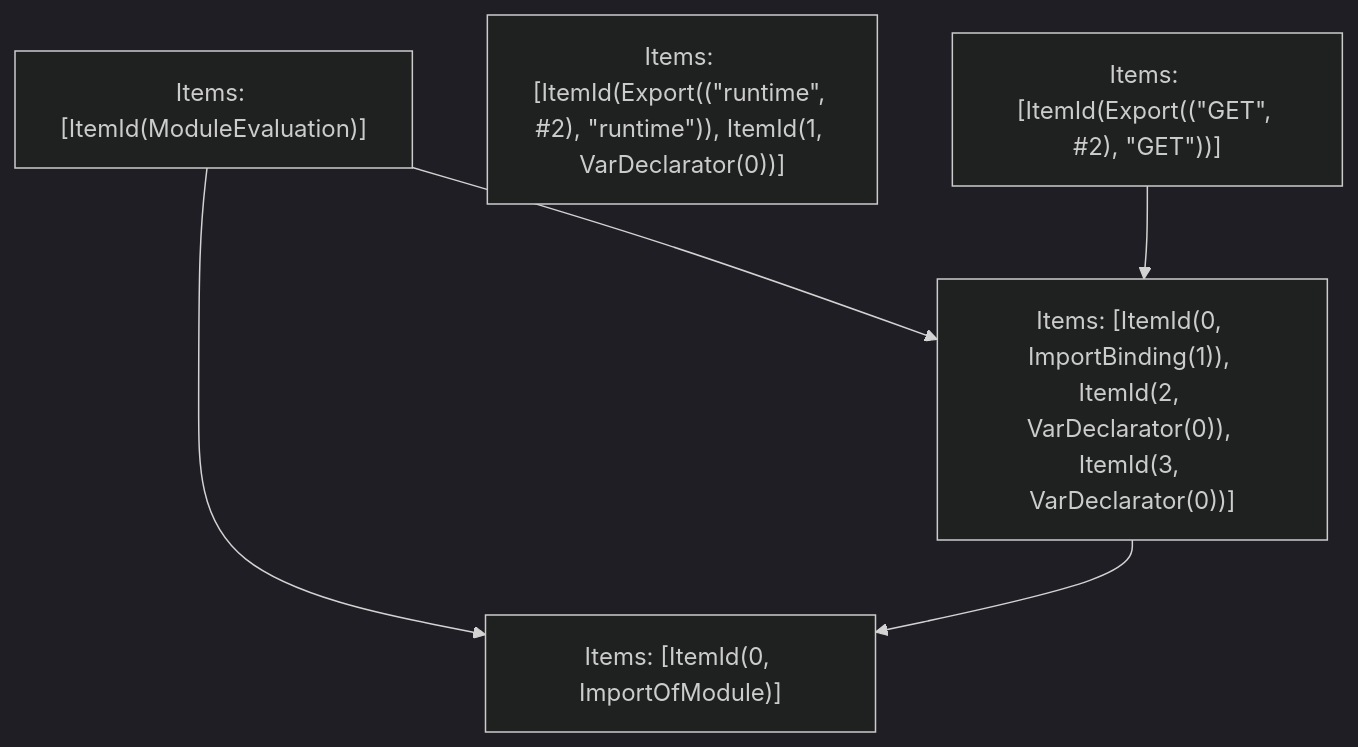
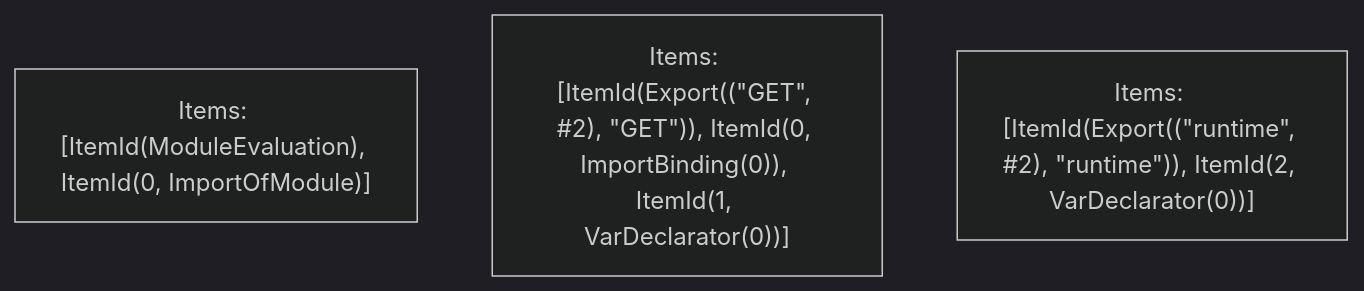
One commit to vercel/turborepo changed the fifth of 5 diagrams in crates/turbopack-ecmascript/tests/tree-shaker/analyzer/route-handler/output.md. Above: the diagram before and after it, drawn with Mermaid (dark theme). The commit also changed other lines of this file and 1 other file, not shown here.

````diff
--- a/crates/turbopack-ecmascript/tests/tree-shaker/analyzer/route-handler/output.md
+++ b/crates/turbopack-ecmascript/tests/tree-shaker/analyzer/route-handler/output.md
@@ -155,12 +117,6 @@
 ```mermaid
 graph TD
-    N0["Items: [ItemId(ModuleEvaluation)]"];
-    N1["Items: [ItemId(Export((&quot;runtime&quot;, #2), &quot;runtime&quot;)), ItemId(1, VarDeclarator(0))]"];
-    N2["Items: [ItemId(Export((&quot;GET&quot;, #2), &quot;GET&quot;))]"];
-    N3["Items: [ItemId(0, ImportOfModule)]"];
-    N4["Items: [ItemId(0, ImportBinding(1)), ItemId(2, VarDeclarator(0)), ItemId(3, VarDeclarator(0))]"];
-    N0 --> N3;
-    N0 --> N4;
-    N2 --> N4;
-    N4 --> N3;
+    N0["Items: [ItemId(ModuleEvaluation), ItemId(0, ImportOfModule)]"];
+    N1["Items: [ItemId(Export((&quot;GET&quot;, #2), &quot;GET&quot;)), ItemId(0, ImportBinding(0)), ItemId(1, VarDeclarator(0))]"];
+    N2["Items: [ItemId(Export((&quot;runtime&quot;, #2), &quot;runtime&quot;)), ItemId(2, VarDeclarator(0))]"];
 ```
````
